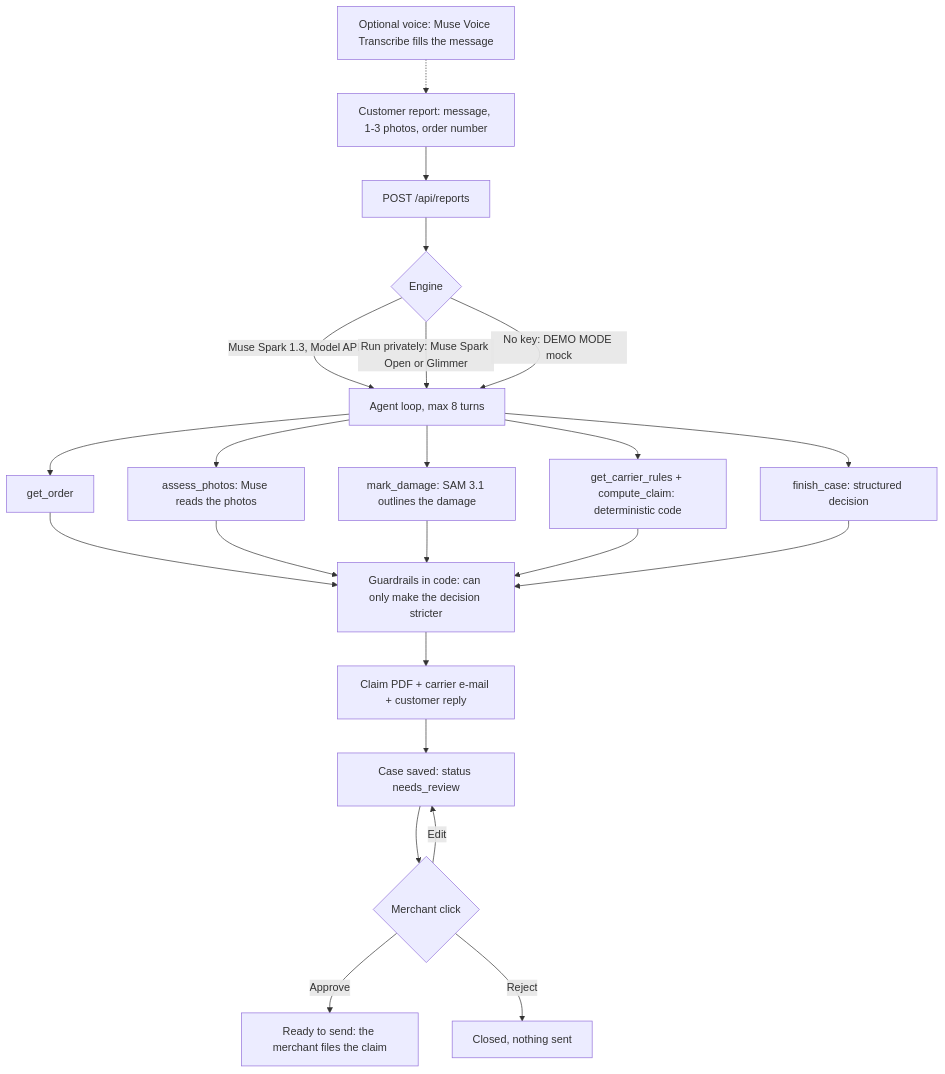
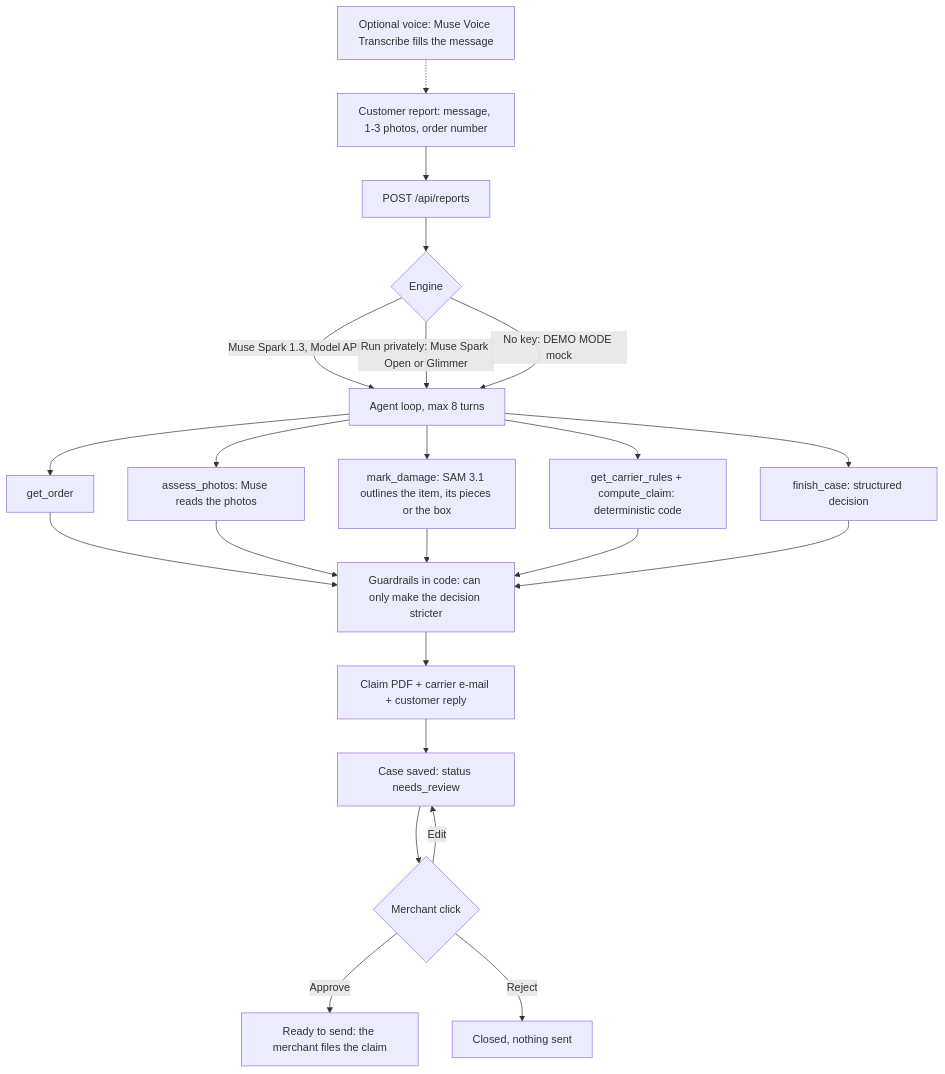
Before and after one commit to pablopriefert/gilmend: the diagram in README.md, drawn with Mermaid. The commit also changed other lines of this file and 5 other files, not shown here.

````diff
--- a/README.md
+++ b/README.md
@@ -98,21 +100,21 @@
 ```mermaid
 flowchart TD
     V["Optional voice: Muse Voice Transcribe fills the message"] -.-> A
     A["Customer report: message, 1-3 photos, order number"] --> B["POST /api/reports"]
     B --> C{"Engine"}
     C -->|"Muse Spark 1.3, Model API"| D["Agent loop, max 8 turns"]
     C -->|"Run privately: Muse Spark Open or Glimmer"| D
     C -->|"No key: DEMO MODE mock"| D
     D --> T1["get_order"]
     D --> T2["assess_photos: Muse reads the photos"]
-    D --> T3["mark_damage: SAM 3.1 outlines the damage"]
+    D --> T3["mark_damage: SAM 3.1 outlines the item, its pieces or the box"]
     D --> T4["get_carrier_rules + compute_claim: deterministic code"]
     D --> T5["finish_case: structured decision"]
     T1 & T2 & T3 & T4 & T5 --> G["Guardrails in code: can only make the decision stricter"]
     G --> H["Claim PDF + carrier e-mail + customer reply"]
     H --> I["Case saved: status needs_review"]
     I --> J{"Merchant click"}
     J -->|"Approve"| K["Ready to send: the merchant files the claim"]
     J -->|"Edit"| I
     J -->|"Reject"| L["Closed, nothing sent"]
 ```
````
